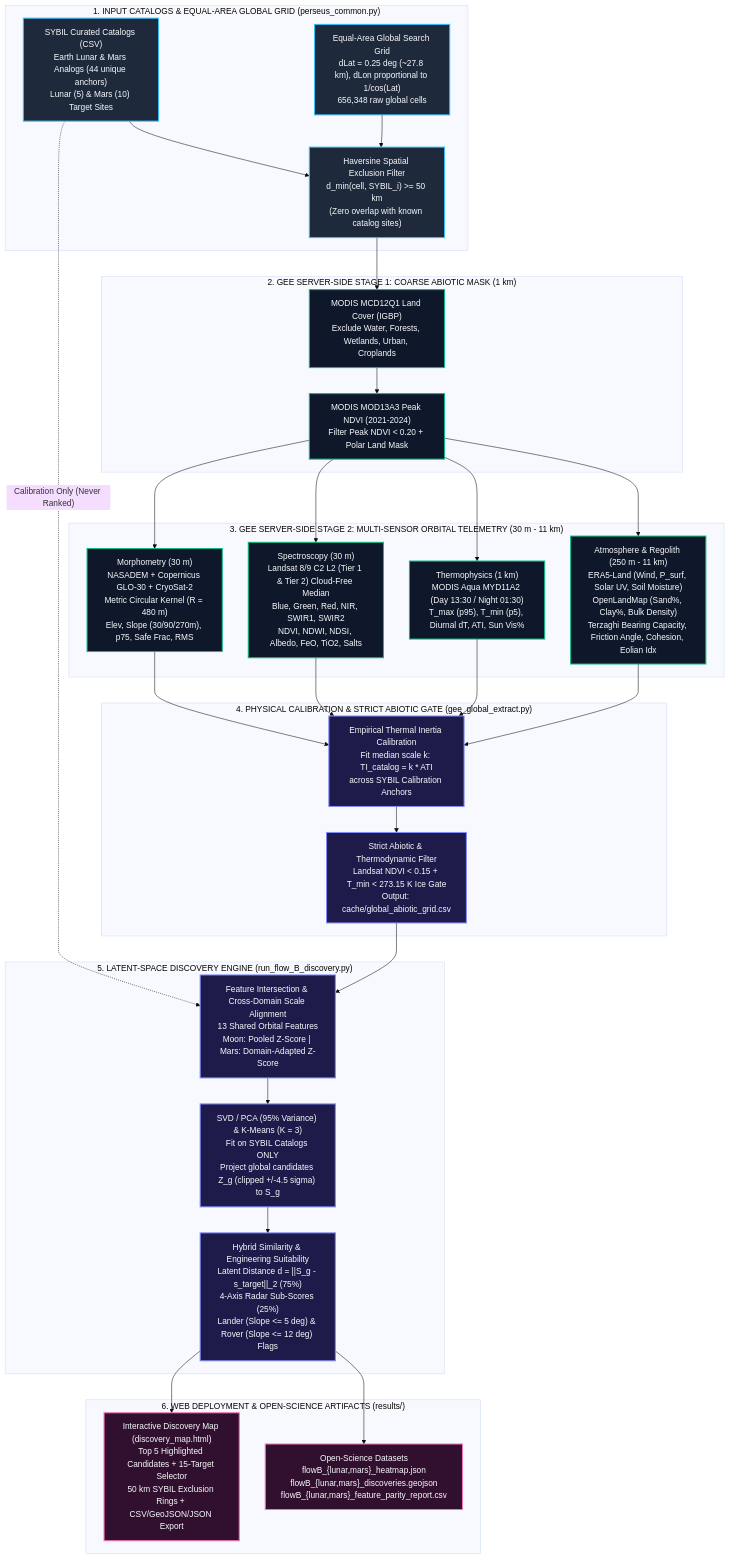
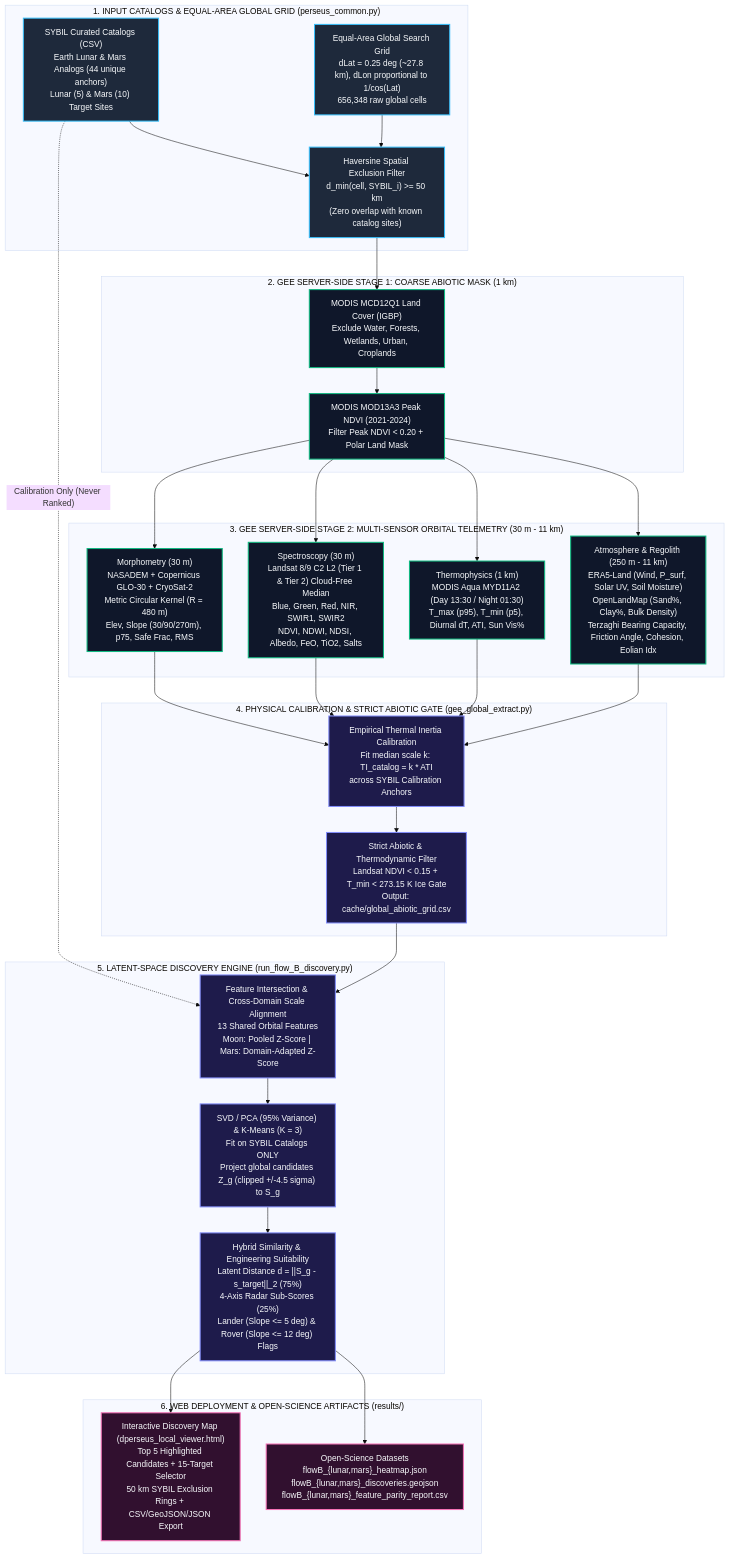
One commit to nicolo-sederino/Perseus_NASA_Space_Apps_challenge_2026 changed the diagram in IRIS_Flow_B/README.md. Above: the diagram before and after it, drawn with Mermaid (base theme).

Commit message:
Update output file name in README.md

````diff
--- a/IRIS_Flow_B/README.md
+++ b/IRIS_Flow_B/README.md
@@ -22,49 +22,49 @@
 ```mermaid
 flowchart TD
     classDef input fill:#1e293b,stroke:#38bdf8,stroke-width:2px,color:#f8fafc
     classDef gee fill:#0f172a,stroke:#10b981,stroke-width:2px,color:#f8fafc
     classDef math fill:#1e1b4b,stroke:#818cf8,stroke-width:2px,color:#f8fafc
     classDef output fill:#31102f,stroke:#f472b6,stroke-width:2px,color:#f8fafc
 
     subgraph INPUTS ["1. INPUT CATALOGS & EQUAL-AREA GLOBAL GRID (perseus_common.py)"]
         A1["SYBIL Curated Catalogs (CSV)<br/>Earth Lunar & Mars Analogs (44 unique anchors)<br/>Lunar (5) & Mars (10) Target Sites"]:::input
         A2["Equal-Area Global Search Grid<br/>dLat = 0.25 deg (~27.8 km), dLon proportional to 1/cos(Lat)<br/>656,348 raw global cells"]:::input
         A3["Haversine Spatial Exclusion Filter<br/>d_min(cell, SYBIL_i) >= 50 km<br/>(Zero overlap with known catalog sites)"]:::input
         A1 --> A3
         A2 --> A3
     end
 
     subgraph GEE_STAGE1 ["2. GEE SERVER-SIDE STAGE 1: COARSE ABIOTIC MASK (1 km)"]
         B1["MODIS MCD12Q1 Land Cover (IGBP)<br/>Exclude Water, Forests, Wetlands, Urban, Croplands"]:::gee
         B2["MODIS MOD13A3 Peak NDVI (2021-2024)<br/>Filter Peak NDVI < 0.20 + Polar Land Mask"]:::gee
         A3 --> B1 --> B2
     end
 
     subgraph GEE_STAGE2 ["3. GEE SERVER-SIDE STAGE 2: MULTI-SENSOR ORBITAL TELEMETRY (30 m - 11 km)"]
         C1["Morphometry (30 m)<br/>NASADEM + Copernicus GLO-30 + CryoSat-2<br/>Metric Circular Kernel (R = 480 m)<br/>Elev, Slope (30/90/270m), p75, Safe Frac, RMS"]:::gee
         C2["Spectroscopy (30 m)<br/>Landsat 8/9 C2 L2 (Tier 1 & Tier 2) Cloud-Free Median<br/>Blue, Green, Red, NIR, SWIR1, SWIR2<br/>NDVI, NDWI, NDSI, Albedo, FeO, TiO2, Salts"]:::gee
         C3["Thermophysics (1 km)<br/>MODIS Aqua MYD11A2 (Day 13:30 / Night 01:30)<br/>T_max (p95), T_min (p5), Diurnal dT, ATI, Sun Vis%"]:::gee
         C4["Atmosphere & Regolith (250 m - 11 km)<br/>ERA5-Land (Wind, P_surf, Solar UV, Soil Moisture)<br/>OpenLandMap (Sand%, Clay%, Bulk Density)<br/>Terzaghi Bearing Capacity, Friction Angle, Cohesion, Eolian Idx"]:::gee
         B2 --> C1 & C2 & C3 & C4
     end
 
     subgraph DERIVATION ["4. PHYSICAL CALIBRATION & STRICT ABIOTIC GATE (gee_global_extract.py)"]
         D1["Empirical Thermal Inertia Calibration<br/>Fit median scale k: TI_catalog = k * ATI<br/>across SYBIL Calibration Anchors"]:::math
         D2["Strict Abiotic & Thermodynamic Filter<br/>Landsat NDVI < 0.15 + T_min < 273.15 K Ice Gate<br/>Output: cache/global_abiotic_grid.csv"]:::math
         C1 & C2 & C3 & C4 --> D1 --> D2
     end
 
     subgraph DISCOVERY ["5. LATENT-SPACE DISCOVERY ENGINE (run_flow_B_discovery.py)"]
         E1["Feature Intersection & Cross-Domain Scale Alignment<br/>13 Shared Orbital Features<br/>Moon: Pooled Z-Score | Mars: Domain-Adapted Z-Score"]:::math
         E2["SVD / PCA (95% Variance) & K-Means (K = 3)<br/>Fit on SYBIL Catalogs ONLY<br/>Project global candidates Z_g (clipped +/-4.5 sigma) to S_g"]:::math
         E3["Hybrid Similarity & Engineering Suitability<br/>Latent Distance d = ||S_g - s_target||_2 (75%)<br/>4-Axis Radar Sub-Scores (25%)<br/>Lander (Slope <= 5 deg) & Rover (Slope <= 12 deg) Flags"]:::math
         A1 -.->|"Calibration Only (Never Ranked)"| E1
         D2 --> E1 --> E2 --> E3
     end
 
     subgraph OUTPUTS ["6. WEB DEPLOYMENT & OPEN-SCIENCE ARTIFACTS (results/)"]
-        F1["Interactive Discovery Map (discovery_map.html)<br/>Top 5 Highlighted Candidates + 15-Target Selector<br/>50 km SYBIL Exclusion Rings + CSV/GeoJSON/JSON Export"]:::output
+        F1["Interactive Discovery Map (dperseus_local_viewer.html)<br/>Top 5 Highlighted Candidates + 15-Target Selector<br/>50 km SYBIL Exclusion Rings + CSV/GeoJSON/JSON Export"]:::output
         F2["Open-Science Datasets<br/>flowB_{lunar,mars}_heatmap.json<br/>flowB_{lunar,mars}_discoveries.geojson<br/>flowB_{lunar,mars}_feature_parity_report.csv"]:::output
         E3 --> F1 & F2
     end
 ```
````
